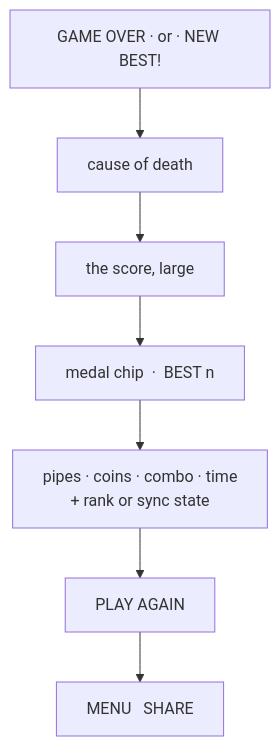
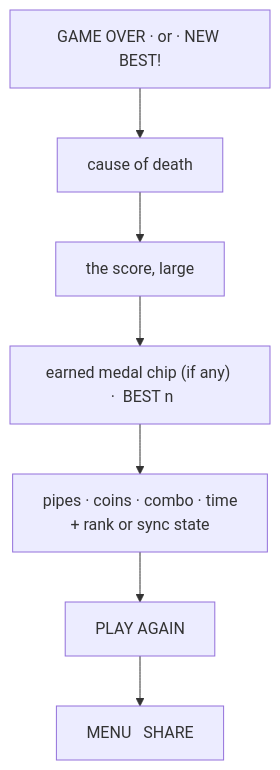
The sixth of 6 diagrams in docs/SCREENS.md (hoangsonww/Flappy-Bird-Game), drawn with Mermaid before and after one commit. The commit also changed other lines of this file and 19 other files, not shown here.

````diff
--- a/docs/SCREENS.md
+++ b/docs/SCREENS.md
@@ -165,9 +179,9 @@
 ```mermaid
 flowchart TB
     Title["GAME OVER · or · NEW BEST!"] --> Cause["cause of death"]
     Cause --> Score["the score, large"]
-    Score --> Medal["medal chip &nbsp;·&nbsp; BEST n"]
+    Score --> Medal["earned medal chip (if any) &nbsp;·&nbsp; BEST n"]
     Medal --> Rows["pipes · coins · combo · time<br/>+ rank or sync state"]
     Rows --> Retry["PLAY AGAIN"]
     Retry --> Sec["MENU &nbsp; SHARE"]
 ```
````
